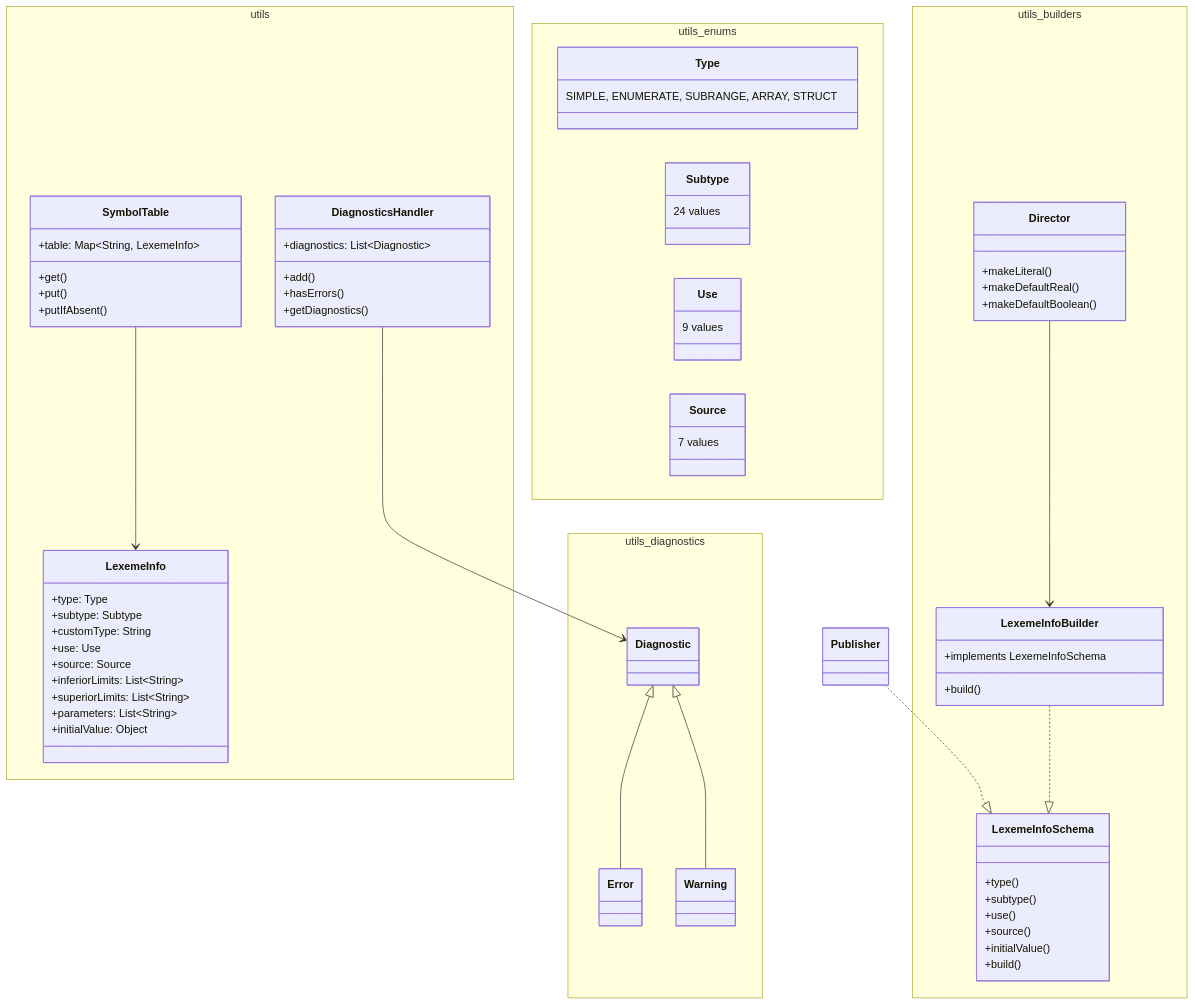
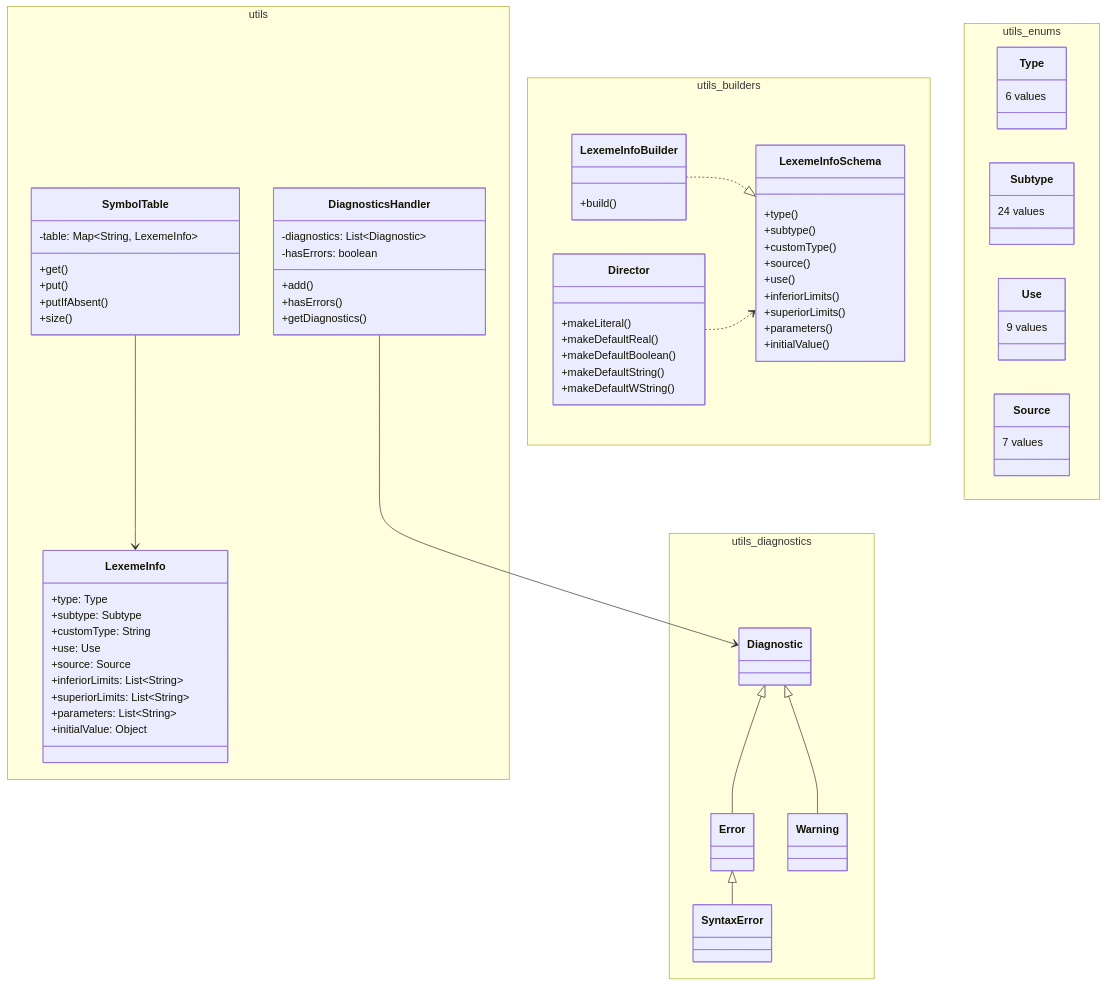
Before and after one commit to PascalUser/FLC-IEC61131-7: the second of 4 diagrams in doc/modules/utils.md, drawn with Mermaid. The commit also changed other lines of this file and 75 other files, not shown here.

````diff
--- a/doc/modules/utils.md
+++ b/doc/modules/utils.md
@@ -43,65 +43,72 @@
 ```mermaid
 classDiagram
     namespace utils {
         class SymbolTable {
-            +table: Map~String, LexemeInfo~
+            -table: Map~String, LexemeInfo~
             +get()
             +put()
             +putIfAbsent()
+            +size()
         }
         class LexemeInfo {
             +type: Type
-        +subtype: Subtype
-        +customType: String
-        +use: Use
-        +source: Source
-        +inferiorLimits: List~String~
-        +superiorLimits: List~String~
-        +parameters: List~String~
-        +initialValue: Object
+            +subtype: Subtype
+            +customType: String
+            +use: Use
+            +source: Source
+            +inferiorLimits: List~String~
+            +superiorLimits: List~String~
+            +parameters: List~String~
+            +initialValue: Object
         }
         class DiagnosticsHandler {
-        +diagnostics: List~Diagnostic~
-        +add()
-        +hasErrors()
-        +getDiagnostics()
+            -diagnostics: List~Diagnostic~
+            -hasErrors: boolean
+            +add()
+            +hasErrors()
+            +getDiagnostics()
         }
     }
     namespace utils_builders {
         class LexemeInfoSchema {
             +type()
             +subtype()
+            +customType()
+            +source()
             +use()
-            +source()
+            +inferiorLimits()
+            +superiorLimits()
+            +parameters()
             +initialValue()
-            +build()
         }
         class LexemeInfoBuilder {
-            +implements LexemeInfoSchema
             +build()
         }
         class Director {
             +makeLiteral()
             +makeDefaultReal()
             +makeDefaultBoolean()
+            +makeDefaultString()
+            +makeDefaultWString()
         }
     }
     namespace utils_enums {
-        class Type { SIMPLE, ENUMERATE, SUBRANGE, ARRAY, STRUCT }
+        class Type { 6 values }
         class Subtype { 24 values }
         class Use { 9 values }
         class Source { 7 values }
     }
     namespace utils_diagnostics {
         class Diagnostic
         class Error
         class Warning
+        class SyntaxError
     }
     Diagnostic <|-- Error
     Diagnostic <|-- Warning
+    Error <|-- SyntaxError
     LexemeInfoBuilder ..|> LexemeInfoSchema
-    Director --> LexemeInfoBuilder
-    Publisher ..|> LexemeInfoSchema
+    Director ..> LexemeInfoSchema
     SymbolTable --> LexemeInfo
     DiagnosticsHandler --> Diagnostic
 ```
````
